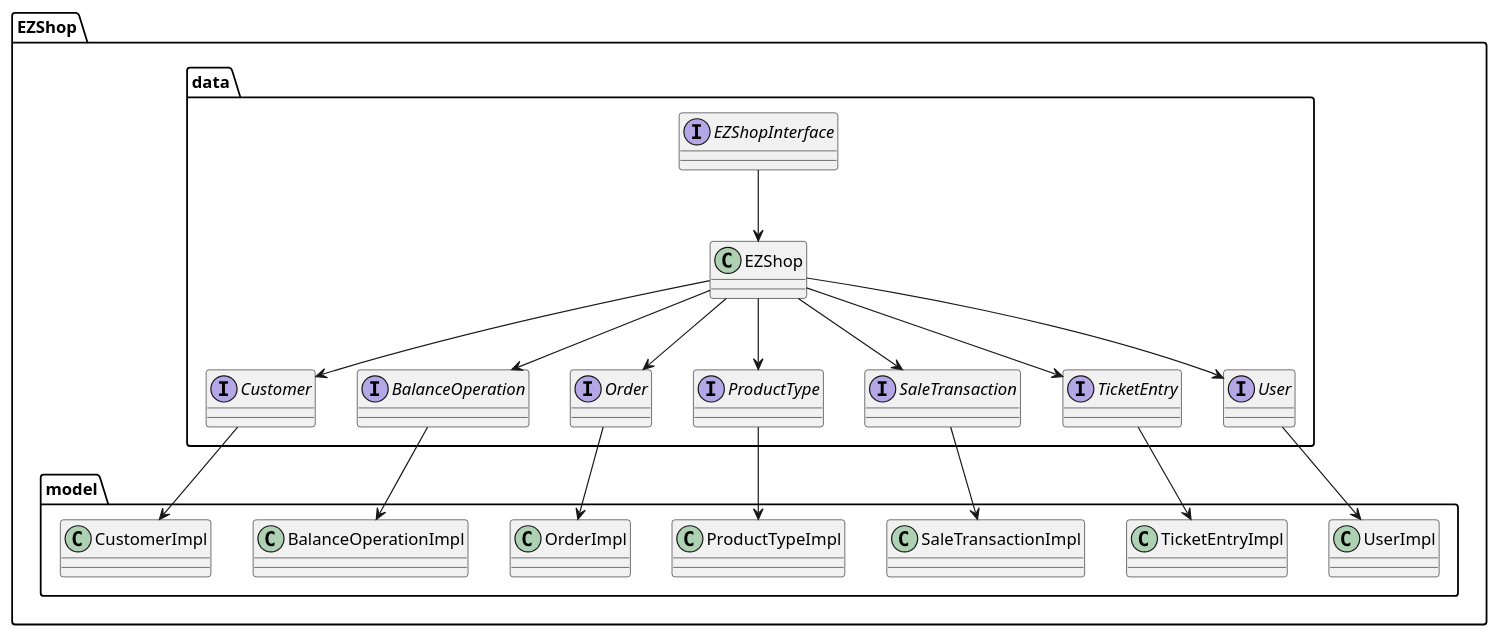
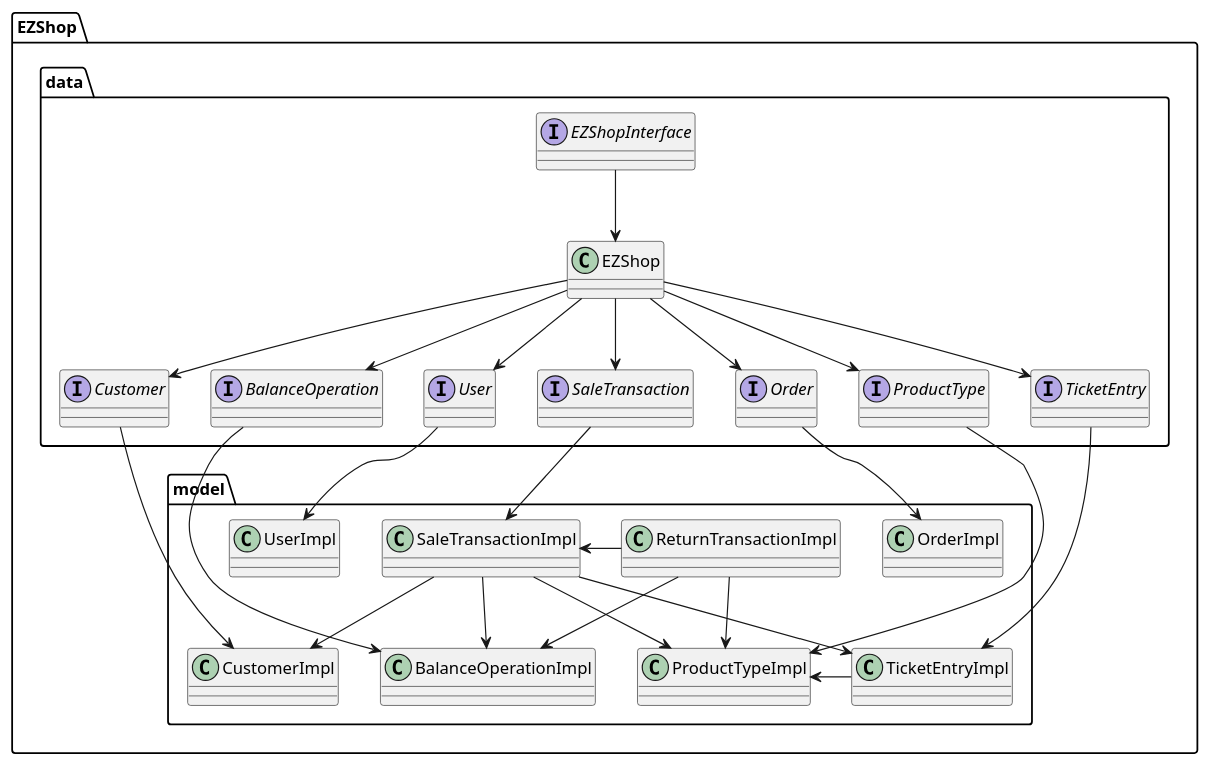
Before and after one commit to gioele-scaletta/EZShop-Software-Engineering-Project: the diagram in Deliverables/IntegrationAPITestReport.md, drawn with PlantUML.

````diff
--- a/Deliverables/IntegrationAPITestReport.md
+++ b/Deliverables/IntegrationAPITestReport.md
@@ -28,49 +28,60 @@
 ```plantuml
 
 package "EZShop" 
 {
 
     package "data"{
 
         class EZShop
         interface "EZShopInterface"
         interface "Customer"
         interface "BalanceOperation"
         interface "Order"
         interface "ProductType"
         interface "SaleTransaction"
         interface "TicketEntry"
         interface "User"
 
         EZShopInterface  -down-> EZShop
         EZShop -down-> Customer
         EZShop -down-> BalanceOperation
         EZShop -down-> Order
         EZShop -down-> ProductType
         EZShop -down-> SaleTransaction
         EZShop -down-> TicketEntry
         EZShop -down-> User
 
     }
 
     package "model"{
 
         class "CustomerImpl"
         class "BalanceOperationImpl"
         class "OrderImpl"
         class "ProductTypeImpl"
         class "SaleTransactionImpl"
+        class "ReturnTransactionImpl"
         class "TicketEntryImpl"
         class "UserImpl"
 
         Customer -down-> CustomerImpl
         BalanceOperation -down-> BalanceOperationImpl
         Order -down-> OrderImpl
         ProductType -down-> ProductTypeImpl
         SaleTransaction -down-> SaleTransactionImpl
         TicketEntry -down-> TicketEntryImpl
         User -down-> UserImpl
     }
+
+    ReturnTransactionImpl -> BalanceOperationImpl
+    ReturnTransactionImpl -> SaleTransactionImpl
+    ReturnTransactionImpl -> ProductTypeImpl
+    SaleTransactionImpl -down-> BalanceOperationImpl
+    SaleTransactionImpl -down-> TicketEntryImpl
+    SaleTransactionImpl -down-> CustomerImpl
+    SaleTransactionImpl -down-> ProductTypeImpl
+    TicketEntryImpl -> ProductTypeImpl
+
 }
 
 ```
````
